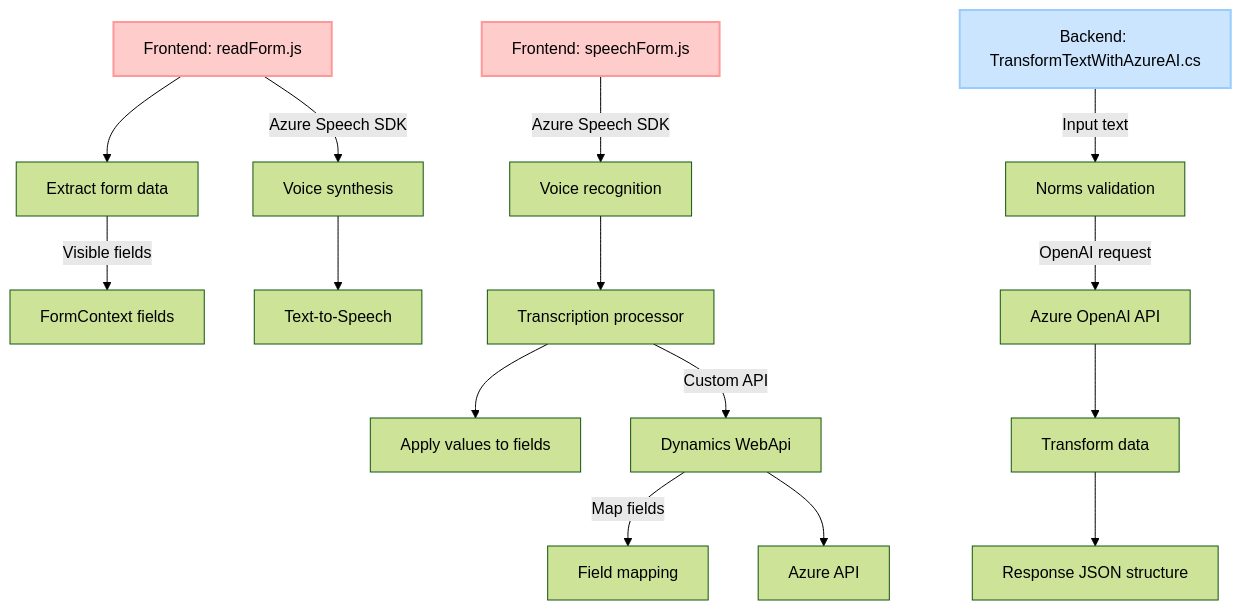
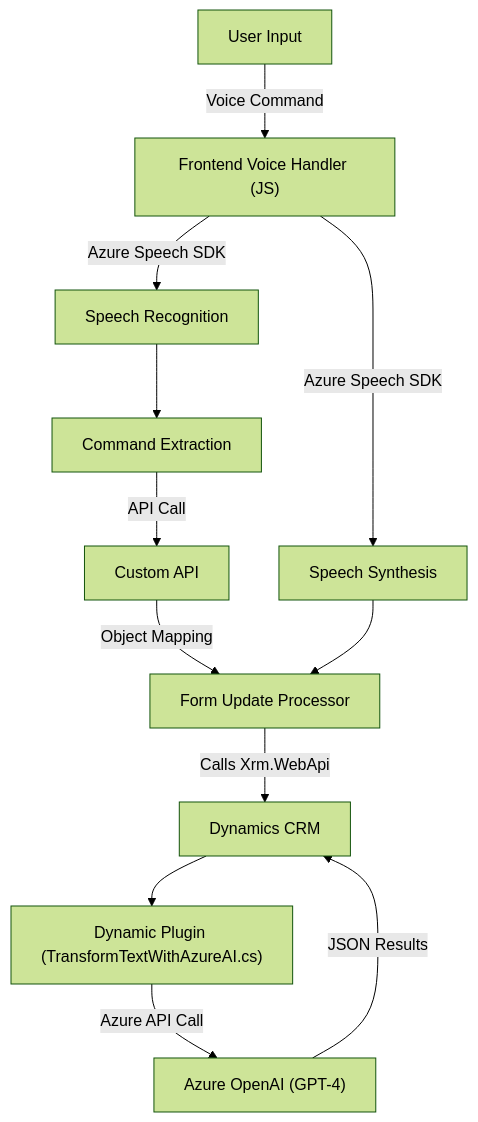
The diagram in README.md (blopezdm/NETCORE_BILBAO2025), drawn with Mermaid (forest theme) before and after one commit. The commit also changed other lines of this file, not shown here.

````diff
--- a/README.md
+++ b/README.md
@@ -38,23 +59,14 @@
 ```mermaid
 graph TD
-    A["Frontend: readForm.js"] -- Azure Speech SDK --> B["Voice synthesis"]
-    A --> C["Extract form data"]
-    C -- Visible fields --> D["FormContext fields"]
-    B --> E["Text-to-Speech"]
-
-    F["Frontend: speechForm.js"] -- Azure Speech SDK --> G["Voice recognition"]
-    G --> H["Transcription processor"]
-    H --> I["Apply values to fields"]
-    H -- Custom API --> J["Dynamics WebApi"]
-    J -- Map fields --> K["Field mapping"]
-    J --> L["Azure API"]
-
-    M["Backend: TransformTextWithAzureAI.cs"] -- Input text --> N["Norms validation"]
-    N -- OpenAI request --> O["Azure OpenAI API"]
-    O --> P["Transform data"]
-    P --> Q["Response JSON structure"]
-
-    style M fill:#cce5ff,stroke:#99ccff,stroke-width:2px
-    style F fill:#ffcccc,stroke:#ff9999,stroke-width:2px
-    style A fill:#ffcccc,stroke:#ff9999,stroke-width:2px
+    A["User Input"] -->|Voice Command| B["Frontend Voice Handler (JS)"]
+    B -->|Azure Speech SDK| C["Speech Recognition"]
+    B -->|Azure Speech SDK| D["Speech Synthesis"]
+    C --> E["Command Extraction"]
+    E -->|API Call| F["Custom API"]
+    F -->|Object Mapping| G["Form Update Processor"]
+    D --> G
+    G -->|Calls Xrm.WebApi| H["Dynamics CRM"]
+    H --> I["Dynamic Plugin (TransformTextWithAzureAI.cs)"]
+    I -->|Azure API Call| J["Azure OpenAI (GPT-4)"]
+    J -->|JSON Results| H
 ```
````
